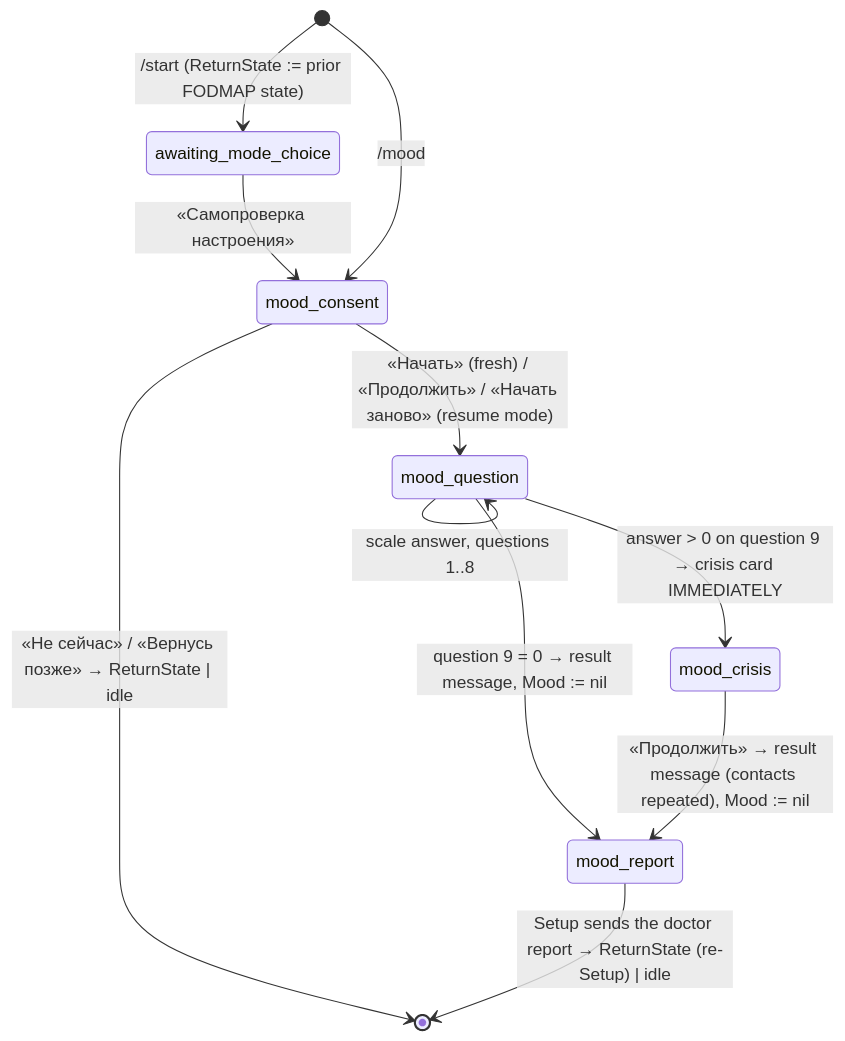
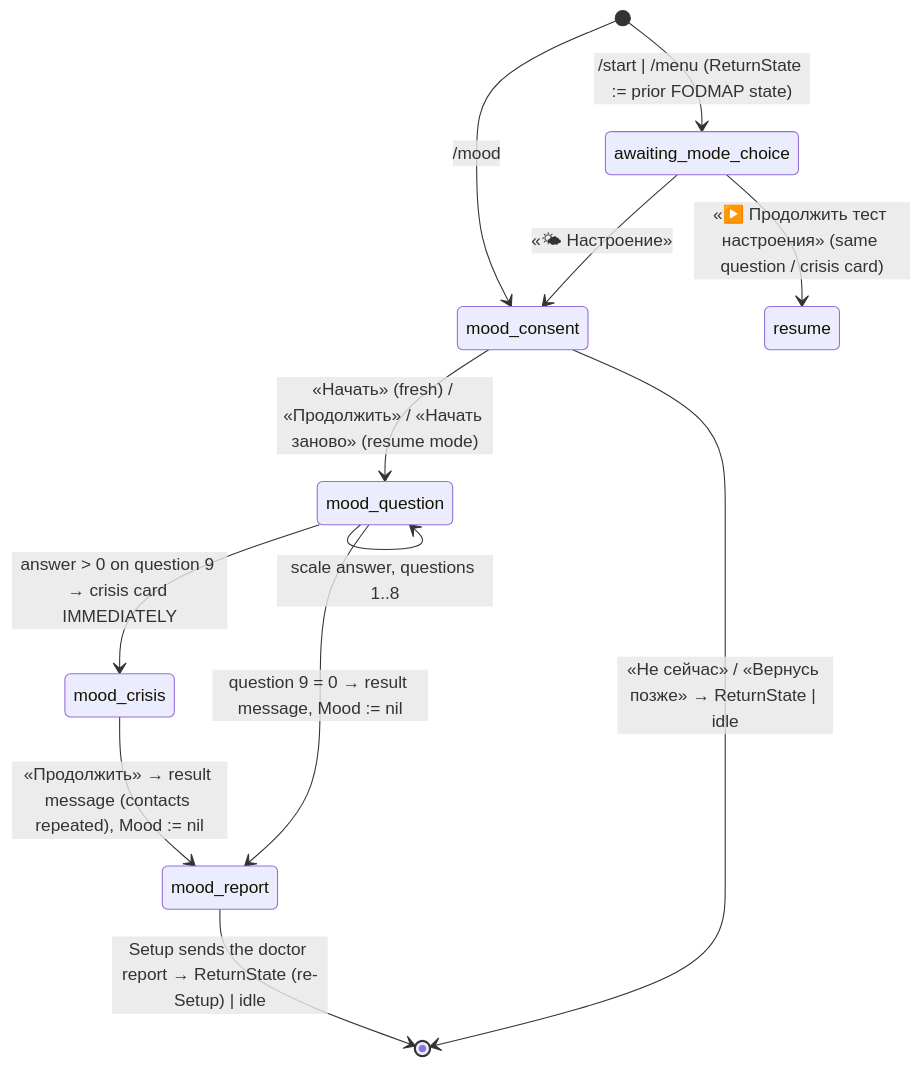
Before and after one commit to padington/tgbase: the third of 4 diagrams in README.md, drawn with Mermaid. The commit also changed other lines of this file and 24 other files, not shown here.

````diff
--- a/README.md
+++ b/README.md
@@ -137,13 +162,14 @@
 ```mermaid
 stateDiagram-v2
-    [*] --> awaiting_mode_choice: /start (ReturnState := prior FODMAP state)
-    awaiting_mode_choice --> mood_consent: «Самопроверка настроения»
+    [*] --> awaiting_mode_choice: /start | /menu (ReturnState := prior FODMAP state)
+    awaiting_mode_choice --> mood_consent: «🌤 Настроение»
+    awaiting_mode_choice --> resume: «▶️ Продолжить тест настроения» (same question / crisis card)
     [*] --> mood_consent: /mood
     mood_consent --> mood_question: «Начать» (fresh) / «Продолжить» / «Начать заново» (resume mode)
     mood_consent --> [*]: «Не сейчас» / «Вернусь позже» → ReturnState | idle
     mood_question --> mood_question: scale answer, questions 1..8
     mood_question --> mood_crisis: answer > 0 on question 9 → crisis card IMMEDIATELY
     mood_question --> mood_report: question 9 = 0 → result message, Mood := nil
     mood_crisis --> mood_report: «Продолжить» → result message (contacts repeated), Mood := nil
     mood_report --> [*]: Setup sends the doctor report → ReturnState (re-Setup) | idle
 ```
````
